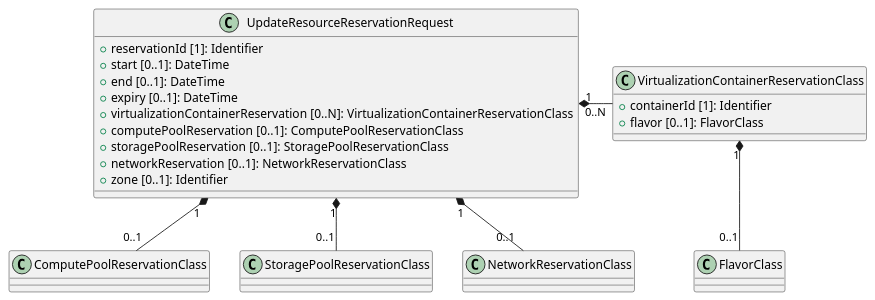
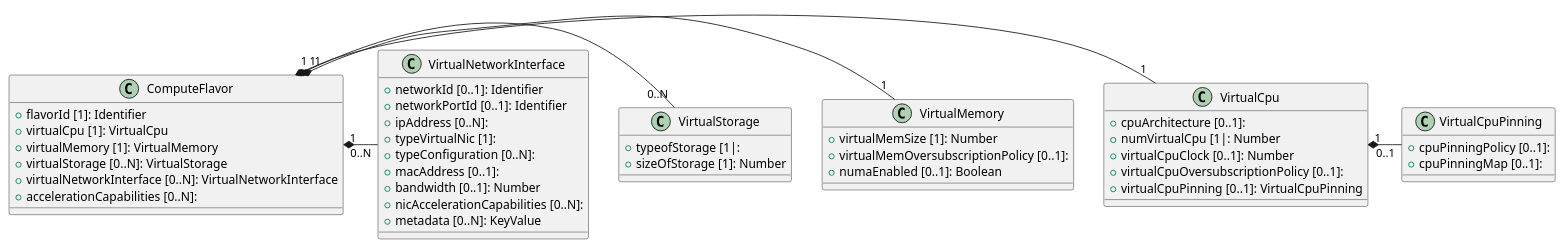
One commit to opnfv/promise changed the diagram in requirements/05-impl.rst. Above: the diagram before and after it, drawn with PlantUML. The commit also changed other lines of this file and 6 other files, not shown here.

```diff
--- a/requirements/05-impl.rst
+++ b/requirements/05-impl.rst
@@ -382,26 +22,54 @@
 .. uml::
 
    @startuml
-   class UpdateResourceReservationRequest {
-      + reservationId [1]: Identifier
-      + start [0..1]: DateTime
-      + end [0..1]: DateTime
-      + expiry [0..1]: DateTime
-      + virtualizationContainerReservation [0..N]: VirtualizationContainerReservationClass
-      + computePoolReservation [0..1]: ComputePoolReservationClass
-      + storagePoolReservation [0..1]: StoragePoolReservationClass
-      + networkReservation [0..1]: NetworkReservationClass
-      + zone [0..1]: Identifier
+   class ComputeFlavor {
+     + flavorId [1]: Identifier
+     + virtualCpu [1]: VirtualCpu
+     + virtualMemory [1]: VirtualMemory
+     + virtualStorage [0..N]: VirtualStorage
+     + virtualNetworkInterface [0..N]: VirtualNetworkInterface
+     + accelerationCapabilities [0..N]:
    }
 
-   class VirtualizationContainerReservationClass {
-      + containerId [1]: Identifier
-      + flavor [0..1]: FlavorClass
+   class VirtualCpu {
+     + cpuArchitecture [0..1]:
+     + numVirtualCpu [1|: Number
+     + virtualCpuClock [0..1]: Number
+     + virtualCpuOversubscriptionPolicy [0..1]:
+     + virtualCpuPinning [0..1]: VirtualCpuPinning
    }
 
-   UpdateResourceReservationRequest "1" *- "0..N" VirtualizationContainerReservationClass : ""
-   VirtualizationContainerReservationClass "1" *-- "0..1" FlavorClass
-   UpdateResourceReservationRequest "1" *-- "0..1" ComputePoolReservationClass
-   UpdateResourceReservationRequest "1" *-- "0..1" StoragePoolReservationClass
-   UpdateResourceReservationRequest "1" *-- "0..1" NetworkReservationClass
+   class VirtualCpuPinning {
+     + cpuPinningPolicy [0..1]:
+     + cpuPinningMap [0..1]:
+   }
+
+   class VirtualMemory {
+     + virtualMemSize [1]: Number
+     + virtualMemOversubscriptionPolicy [0..1]:
+     + numaEnabled [0..1]: Boolean
+   }
+
+   class VirtualStorage {
+     + typeofStorage [1|:
+     + sizeOfStorage [1]: Number
+   }
+
+   class VirtualNetworkInterface {
+     + networkId [0..1]: Identifier
+     + networkPortId [0..1]: Identifier
+     + ipAddress [0..N]:
+     + typeVirtualNic [1]:
+     + typeConfiguration [0..N]:
+     + macAddress [0..1]:
+     + bandwidth [0..1]: Number
+     + nicAccelerationCapabilities [0..N]:
+     + metadata [0..N]: KeyValue
+   }
+
+   ComputeFlavor "1" *- "1" VirtualCpu : ""
+   ComputeFlavor "1" *- "1" VirtualMemory : ""
+   ComputeFlavor "1" *- "0..N" VirtualStorage : ""
+   ComputeFlavor "1" *- "0..N" VirtualNetworkInterface: ""
+   VirtualCpu "1" *- "0..1" VirtualCpuPinning : ""
    @enduml
```
